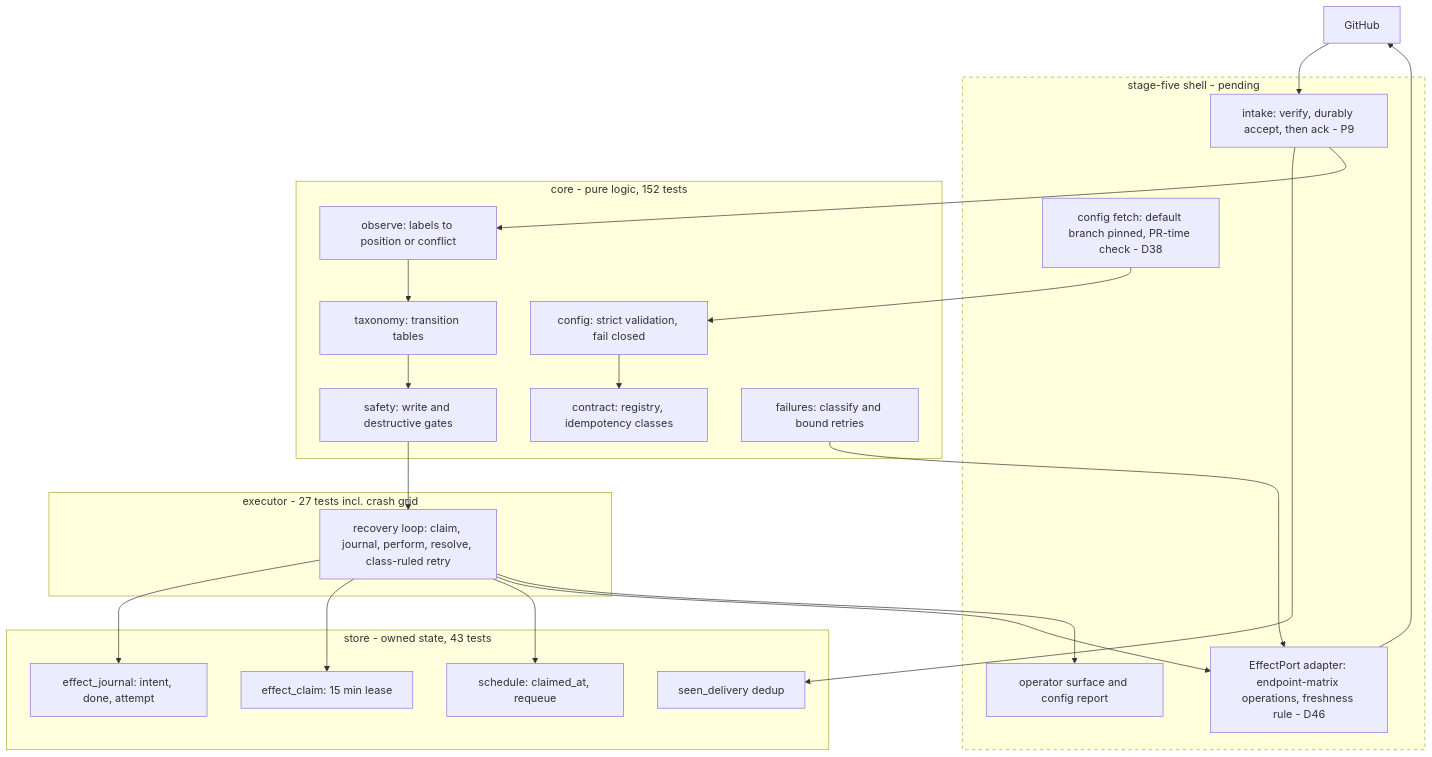
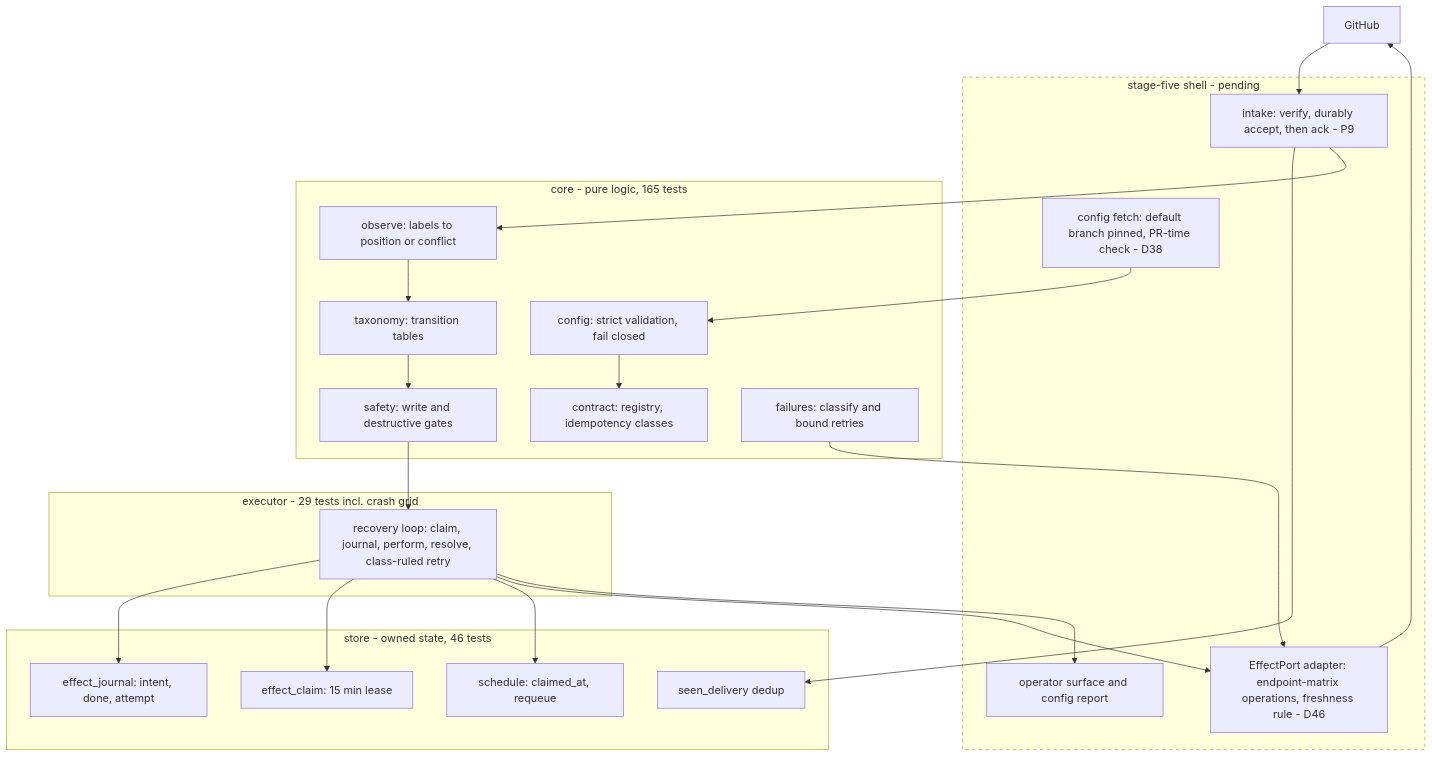
One commit to cheese-cakee/sdk-automations changed the second of 2 diagrams in design/architecture.md. Above: the diagram before and after it, drawn with Mermaid. The commit also changed other lines of this file and 14 other files, not shown here.

````diff
--- a/design/architecture.md
+++ b/design/architecture.md
@@ -65,38 +65,38 @@
 ```mermaid
 flowchart TB
     GH["GitHub"]
     subgraph SHELL["stage-five shell - pending"]
         IN["intake: verify, durably accept, then ack - P9"]
         CFGF["config fetch: default branch pinned, PR-time check - D38"]
         PORT["EffectPort adapter: endpoint-matrix operations, freshness rule - D46"]
         OPS["operator surface and config report"]
     end
-    subgraph CORE["core - pure logic, 152 tests"]
+    subgraph CORE["core - pure logic, 165 tests"]
         CFG["config: strict validation, fail closed"]
         REG["contract: registry, idempotency classes"]
         OBS["observe: labels to position or conflict"]
         TX["taxonomy: transition tables"]
         SAFE["safety: write and destructive gates"]
         FAILC["failures: classify and bound retries"]
     end
-    subgraph STORE["store - owned state, 43 tests"]
+    subgraph STORE["store - owned state, 46 tests"]
         SEEN["seen_delivery dedup"]
         JRN["effect_journal: intent, done, attempt"]
         CLM["effect_claim: 15 min lease"]
         SCH["schedule: claimed_at, requeue"]
     end
-    subgraph EXECP["executor - 27 tests incl. crash grid"]
+    subgraph EXECP["executor - 29 tests incl. crash grid"]
         LOOP["recovery loop: claim, journal, perform, resolve, class-ruled retry"]
     end
     GH --> IN --> SEEN
     IN --> OBS
     CFGF --> CFG --> REG
     OBS --> TX --> SAFE --> LOOP
     LOOP --> JRN
     LOOP --> CLM
     LOOP --> SCH
     LOOP --> PORT --> GH
     FAILC --> PORT
     LOOP --> OPS
     style SHELL stroke-dasharray: 5 5
 ```
````
